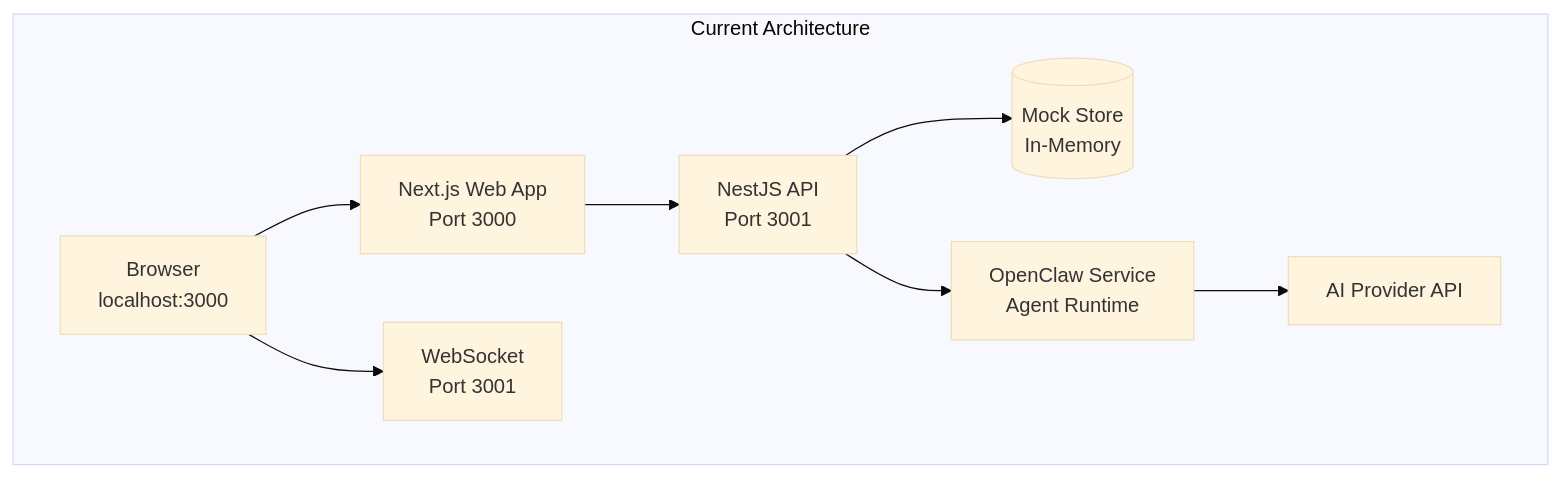
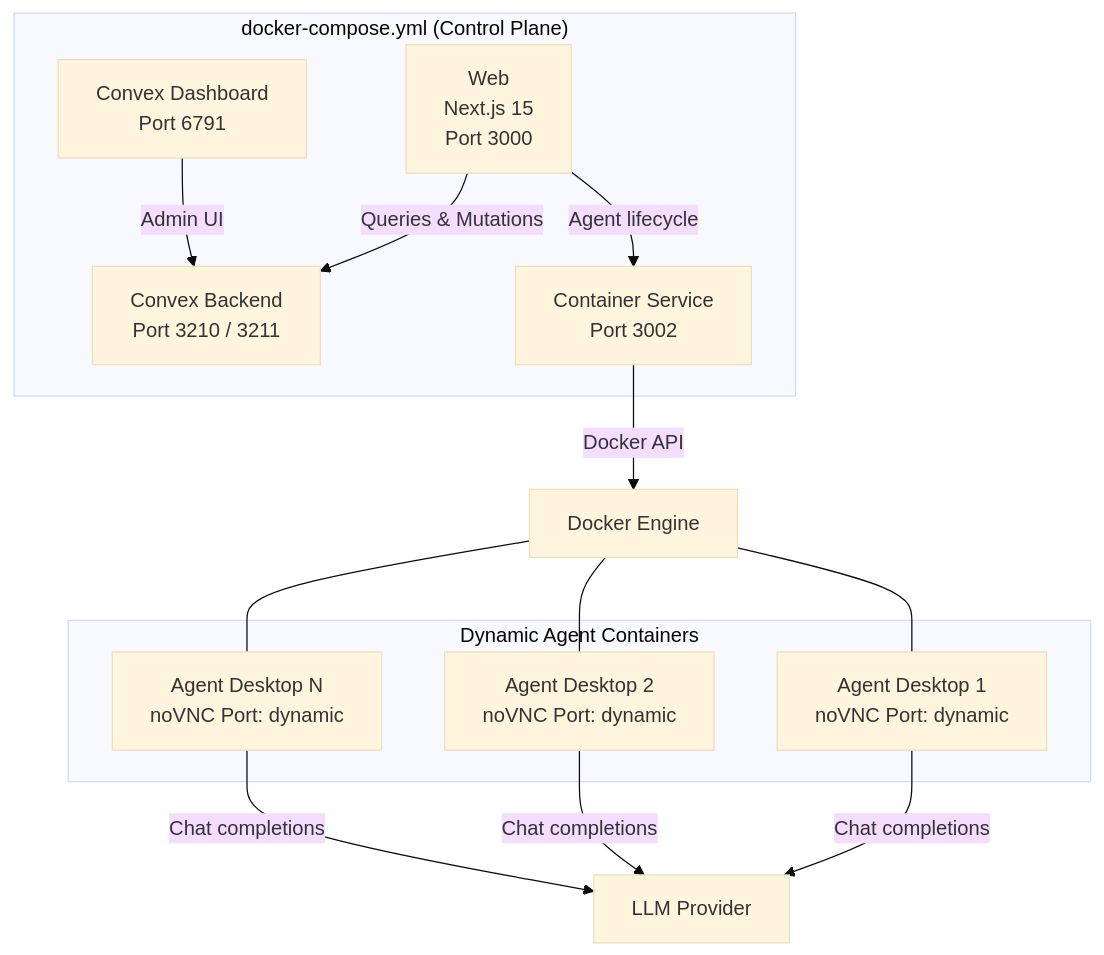
One commit to pde-rent/monokeros changed the first of 2 diagrams in docs/getting-started/self-hosting.md. Above: the diagram before and after it, drawn with Mermaid (base theme). The commit also changed other lines of this file and 50 other files, not shown here.

````diff
--- a/docs/getting-started/self-hosting.md
+++ b/docs/getting-started/self-hosting.md
@@ -16,19 +11,25 @@
 ```mermaid
 graph TB
-    subgraph Current["Current Architecture"]
-        Browser[Browser<br/>localhost:3000]
-        Web[Next.js Web App<br/>Port 3000]
-        API[NestJS API<br/>Port 3001]
-        WS[WebSocket<br/>Port 3001]
-        Mock[(Mock Store<br/>In-Memory)]
-        OCS[OpenClaw Service<br/>Agent Runtime]
-        LLM[AI Provider API]
+    subgraph Compose["docker-compose.yml (Control Plane)"]
+        Web["Web<br/>Next.js 15<br/>Port 3000"]
+        Convex["Convex Backend<br/>Port 3210 / 3211"]
+        Dashboard["Convex Dashboard<br/>Port 6791"]
+        CS["Container Service<br/>Port 3002"]
+    end
 
-        Browser --> Web
-        Web --> API
-        Browser --> WS
-        API --> Mock
-        API --> OCS
-        OCS --> LLM
+    subgraph Dynamic["Dynamic Agent Containers"]
+        A1["Agent Desktop 1<br/>noVNC Port: dynamic"]
+        A2["Agent Desktop 2<br/>noVNC Port: dynamic"]
+        AN["Agent Desktop N<br/>noVNC Port: dynamic"]
     end
+
+    Docker["Docker Engine"]
+    LLM["LLM Provider"]
+
+    Web -->|Queries & Mutations| Convex
+    Web -->|Agent lifecycle| CS
+    Dashboard -->|Admin UI| Convex
+    CS -->|Docker API| Docker
+    Docker --- A1 & A2 & AN
+    A1 & A2 & AN -->|Chat completions| LLM
 ```
````
